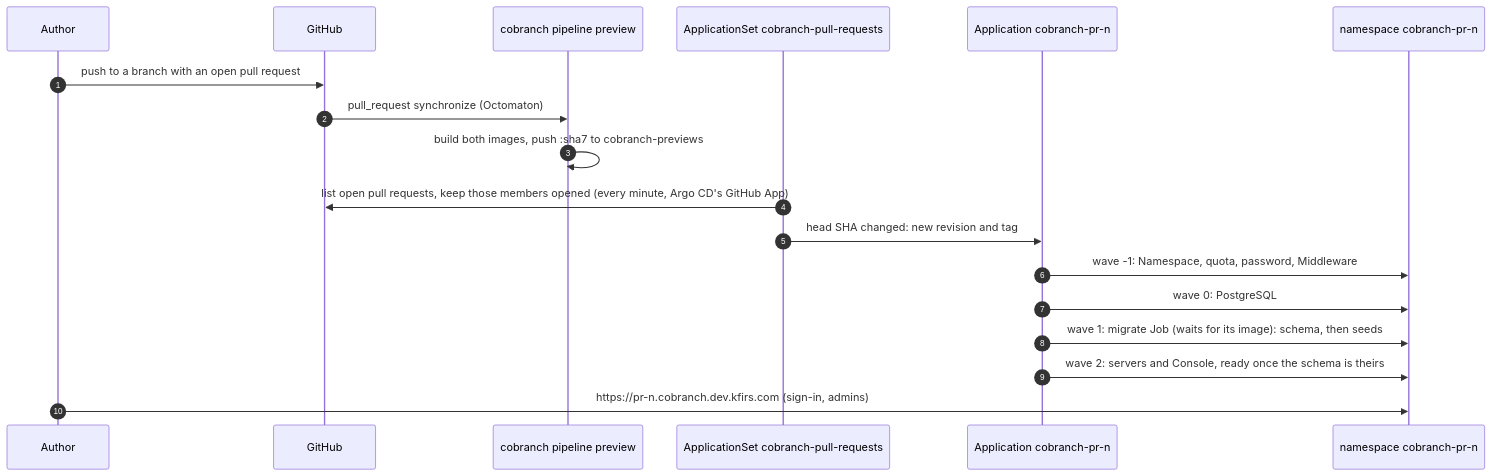
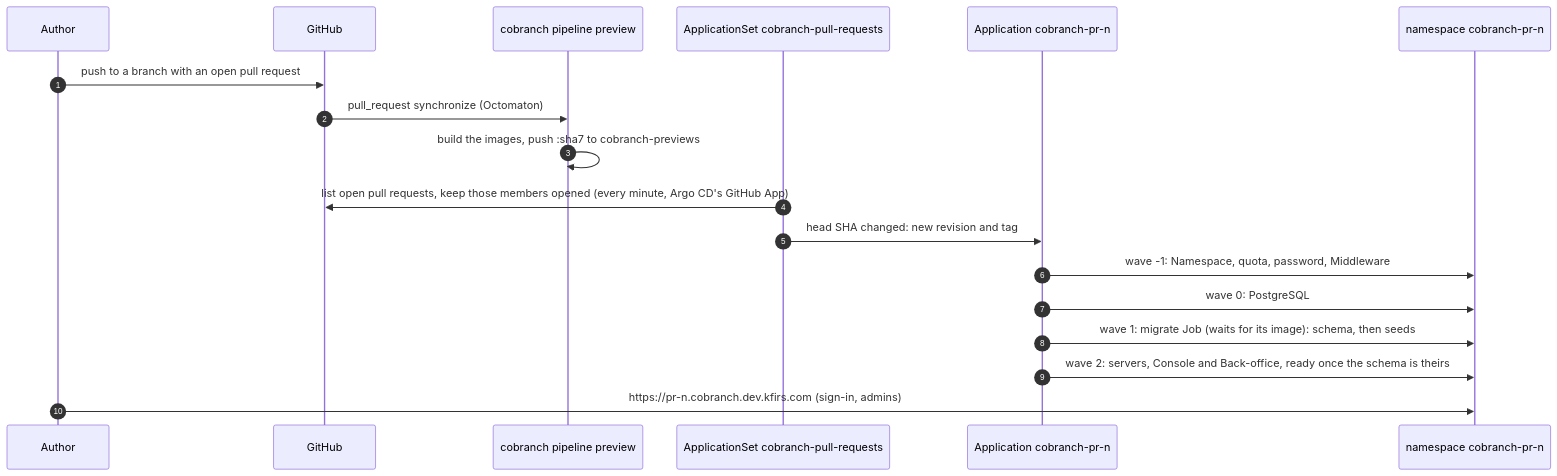
One commit to arikkfir-org/delivery changed the second of 4 diagrams in docs/delivery/designs/cobranch-previews.md. Above: the diagram before and after it, drawn with Mermaid. The commit also changed other lines of this file and 9 other files, not shown here.

First line of the commit message:
feat(cobranch): run the Admin server and the Back-office

````diff
--- a/docs/delivery/designs/cobranch-previews.md
+++ b/docs/delivery/designs/cobranch-previews.md
@@ -37,20 +37,20 @@
 ```mermaid
 sequenceDiagram
   autonumber
   participant Dev as Author
   participant GH as GitHub
   participant P as cobranch pipeline preview
   participant AS as ApplicationSet cobranch-pull-requests
   participant A as Application cobranch-pr-n
   participant K as namespace cobranch-pr-n
   Dev->>GH: push to a branch with an open pull request
   GH->>P: pull_request synchronize (Octomaton)
-  P->>P: build both images, push :sha7 to cobranch-previews
+  P->>P: build the images, push :sha7 to cobranch-previews
   AS->>GH: list open pull requests, keep those members opened (every minute, Argo CD's GitHub App)
   AS->>A: head SHA changed: new revision and tag
   A->>K: wave -1: Namespace, quota, password, Middleware
   A->>K: wave 0: PostgreSQL
   A->>K: wave 1: migrate Job (waits for its image): schema, then seeds
-  A->>K: wave 2: servers and Console, ready once the schema is theirs
+  A->>K: wave 2: servers, Console and Back-office, ready once the schema is theirs
   Dev->>K: https://pr-n.cobranch.dev.kfirs.com (sign-in, admins)
 ```
````
